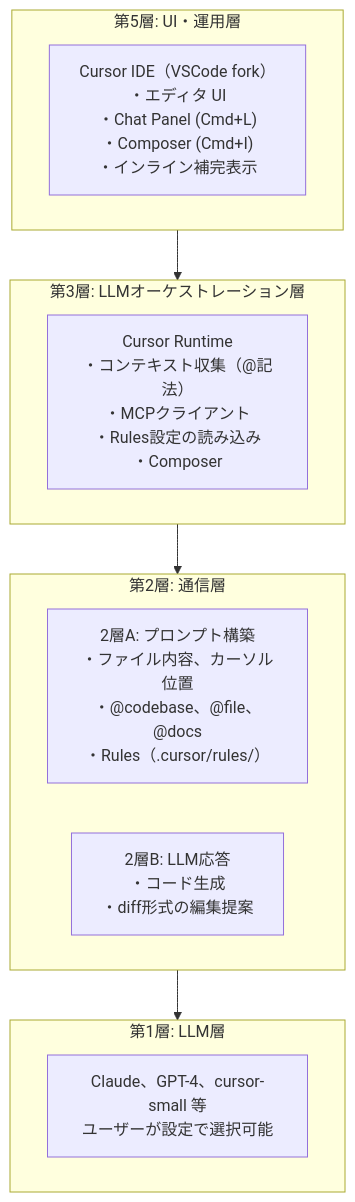
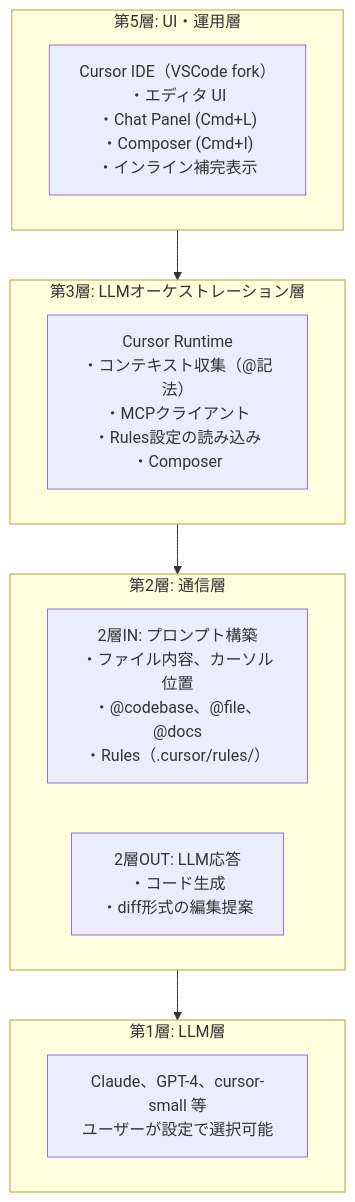
Before and after one commit to fsitlab/zenn: the first of 7 diagrams in books/ai-agent-layered-map/07-2-ide-ai.md, drawn with Mermaid. The commit also changed other lines of this file and 12 other files, not shown here.

````diff
--- a/books/ai-agent-layered-map/07-2-ide-ai.md
+++ b/books/ai-agent-layered-map/07-2-ide-ai.md
@@ -117,23 +117,23 @@
 ```mermaid
 flowchart TB
     subgraph Layer5["第5層: UI・運用層"]
         CursorUI["Cursor IDE（VSCode fork）<br/>・エディタ UI<br/>・Chat Panel (Cmd+L)<br/>・Composer (Cmd+I)<br/>・インライン補完表示"]
     end
 
     subgraph Layer3["第3層: LLMオーケストレーション層"]
         CursorRuntime["Cursor Runtime<br/>・コンテキスト収集（@記法）<br/>・MCPクライアント<br/>・Rules設定の読み込み<br/>・Composer"]
     end
 
     subgraph Layer2["第2層: 通信層"]
-        Layer2A["2層A: プロンプト構築<br/>・ファイル内容、カーソル位置<br/>・@codebase、@file、@docs<br/>・Rules（.cursor/rules/）"]
-        Layer2B["2層B: LLM応答<br/>・コード生成<br/>・diff形式の編集提案"]
+        Layer2A["2層IN: プロンプト構築<br/>・ファイル内容、カーソル位置<br/>・@codebase、@file、@docs<br/>・Rules（.cursor/rules/）"]
+        Layer2B["2層OUT: LLM応答<br/>・コード生成<br/>・diff形式の編集提案"]
     end
 
     subgraph Layer1["第1層: LLM層"]
         LLM["Claude、GPT-4、cursor-small 等<br/>ユーザーが設定で選択可能"]
     end
 
     Layer5 --> Layer3
     Layer3 --> Layer2
     Layer2 --> Layer1
 ```
````
